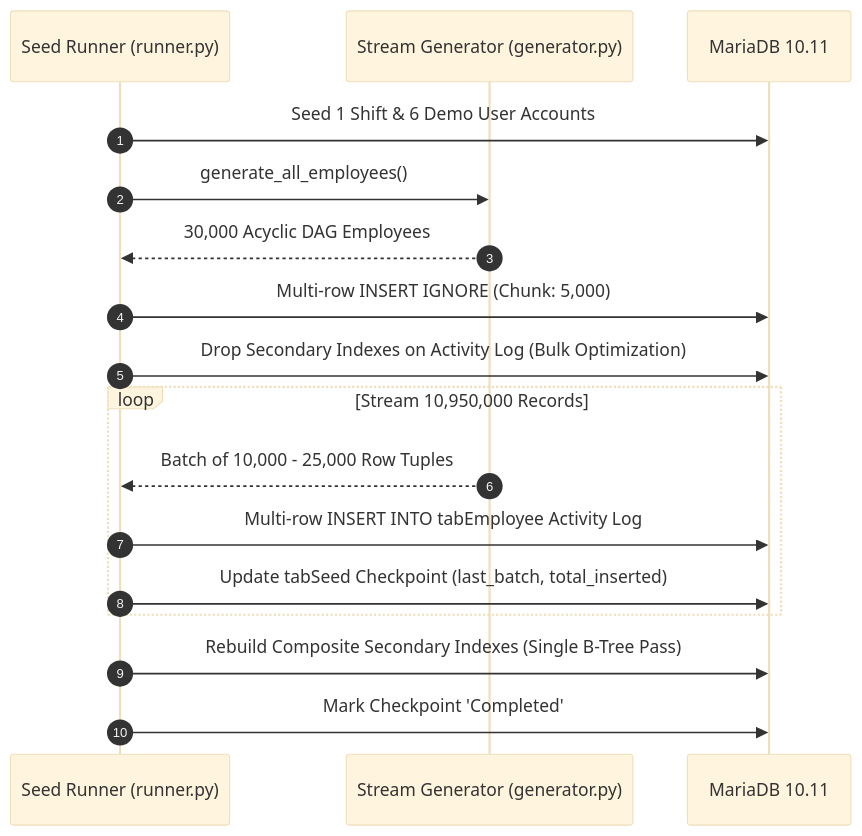
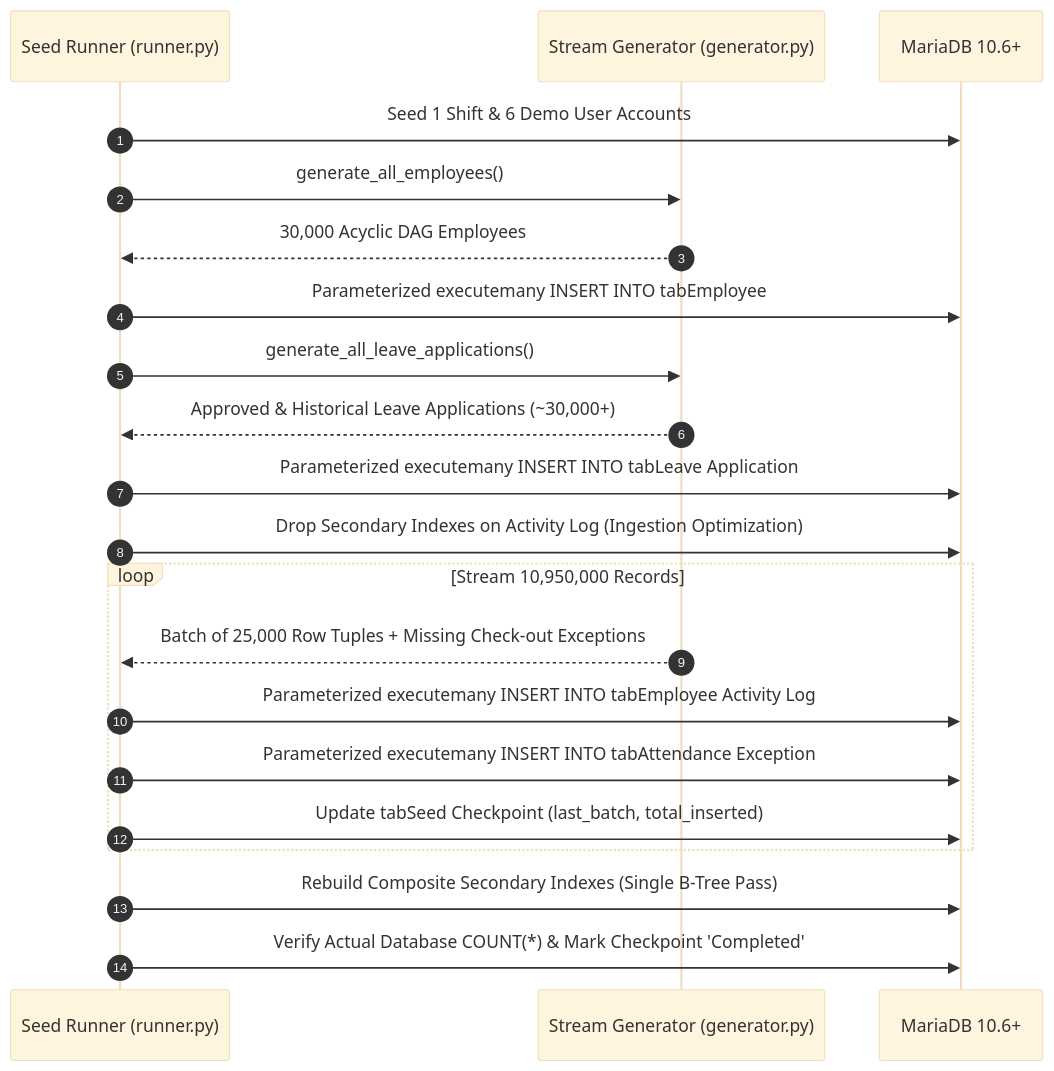
One commit to prrranay/employee-360 changed the third of 3 diagrams in README.md. Above: the diagram before and after it, drawn with Mermaid (base theme). The commit also changed other lines of this file and 44 other files, not shown here.

````diff
--- a/README.md
+++ b/README.md
@@ -327,22 +326,26 @@
 ```mermaid
 sequenceDiagram
     autonumber
     participant R as Seed Runner (runner.py)
     participant G as Stream Generator (generator.py)
-    participant DB as MariaDB 10.11
+    participant DB as MariaDB 10.6+
 
     R->>DB: Seed 1 Shift & 6 Demo User Accounts
     R->>G: generate_all_employees()
     G-->>R: 30,000 Acyclic DAG Employees
-    R->>DB: Multi-row INSERT IGNORE (Chunk: 5,000)
-    R->>DB: Drop Secondary Indexes on Activity Log (Bulk Optimization)
+    R->>DB: Parameterized executemany INSERT INTO tabEmployee
+    R->>G: generate_all_leave_applications()
+    G-->>R: Approved & Historical Leave Applications (~30,000+)
+    R->>DB: Parameterized executemany INSERT INTO tabLeave Application
+    R->>DB: Drop Secondary Indexes on Activity Log (Ingestion Optimization)
     
     loop Stream 10,950,000 Records
-        G-->>R: Batch of 10,000 - 25,000 Row Tuples
-        R->>DB: Multi-row INSERT INTO tabEmployee Activity Log
+        G-->>R: Batch of 25,000 Row Tuples + Missing Check-out Exceptions
+        R->>DB: Parameterized executemany INSERT INTO tabEmployee Activity Log
+        R->>DB: Parameterized executemany INSERT INTO tabAttendance Exception
         R->>DB: Update tabSeed Checkpoint (last_batch, total_inserted)
     end
 
     R->>DB: Rebuild Composite Secondary Indexes (Single B-Tree Pass)
-    R->>DB: Mark Checkpoint 'Completed'
+    R->>DB: Verify Actual Database COUNT(*) & Mark Checkpoint 'Completed'
 ```
````
